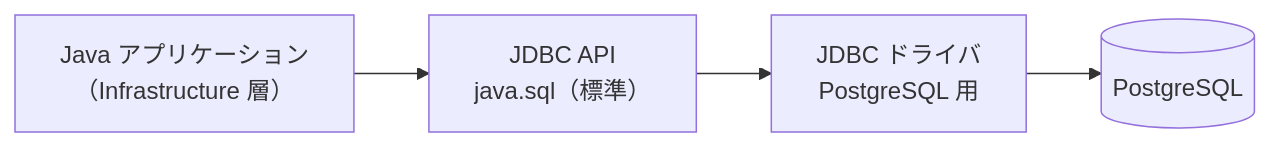
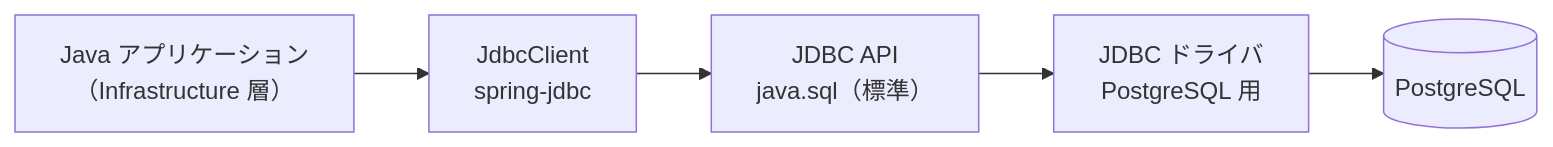
One commit to YTS0418/PRMN_SYSTEM_Lecture changed the first of 3 diagrams in データベース/12_JavaからDBを使う_JDBC.md. Above: the diagram before and after it, drawn with Mermaid. The commit also changed other lines of this file and 6 other files, not shown here.

First line of the commit message:
JDBC の章を JdbcClient 中心に書き直し、素の JDBC は補足に移動

````diff
--- a/データベース/12_JavaからDBを使う_JDBC.md
+++ b/データベース/12_JavaからDBを使う_JDBC.md
@@ -37,6 +38,7 @@
 ```mermaid
 flowchart LR
-    app["Java アプリケーション<br>（Infrastructure 層）"] --> api["JDBC API<br>java.sql（標準）"]
+    app["Java アプリケーション<br>（Infrastructure 層）"] --> client["JdbcClient<br>spring-jdbc"]
+    client --> api["JDBC API<br>java.sql（標準）"]
     api --> drv["JDBC ドライバ<br>PostgreSQL 用"]
     drv --> db[("PostgreSQL")]
 ```
````
